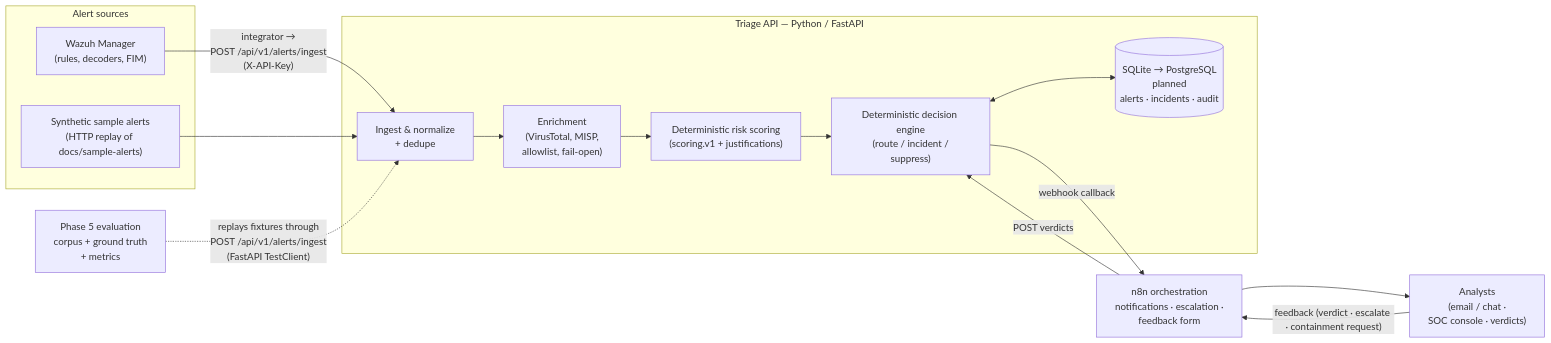
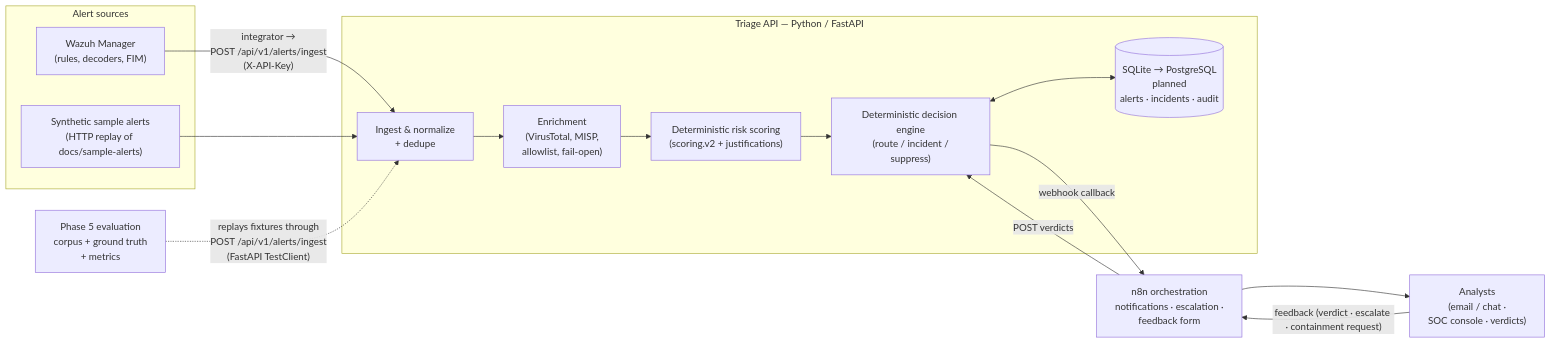
The diagram in README.md (SadashivPole/soc-alert-triage-automation), drawn with Mermaid before and after one commit. The commit also changed other lines of this file and 14 other files, not shown here.

First line of the commit message:
feat: add deterministic scoring v2 threat intel factor

````diff
--- a/README.md
+++ b/README.md
@@ -154,29 +156,29 @@
 ```mermaid
 flowchart LR
     subgraph sources["Alert sources"]
         W["Wazuh Manager\n(rules, decoders, FIM)"]
         S["Synthetic sample alerts\n(HTTP replay of docs/sample-alerts)"]
     end
 
     subgraph triage["Triage API — Python / FastAPI"]
         IN["Ingest & normalize\n+ dedupe"]
         ER["Enrichment\n(VirusTotal, MISP,\nallowlist, fail-open)"]
-        SC["Deterministic risk scoring\n(scoring.v1 + justifications)"]
+        SC["Deterministic risk scoring\n(scoring.v2 + justifications)"]
         DE["Deterministic decision engine\n(route / incident /\nsuppress)"]
         DB[("SQLite → PostgreSQL\nplanned\nalerts · incidents · audit")]
     end
 
     N["n8n orchestration\nnotifications · escalation ·\nfeedback form"]
     A["Analysts\n(email / chat ·\nSOC console · verdicts)"]
     EV["Phase 5 evaluation\ncorpus + ground truth\n+ metrics"]
 
     W -->|"integrator →\nPOST /api/v1/alerts/ingest\n(X-API-Key)"| IN
     S --> IN
     IN --> ER --> SC --> DE
     DE <--> DB
     DE -->|"webhook callback"| N
     N --> A
     A -->|"feedback (verdict · escalate · containment request)"| N
     N -->|"POST verdicts"| DE
     EV -.->|"replays fixtures through\nPOST /api/v1/alerts/ingest\n(FastAPI TestClient)"| IN
 ```
````
